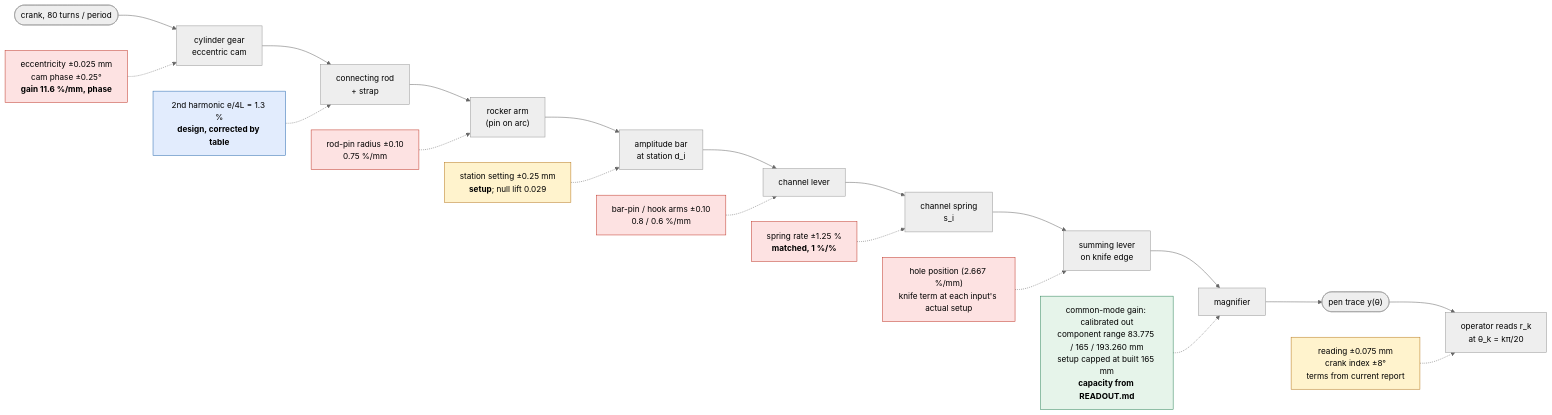
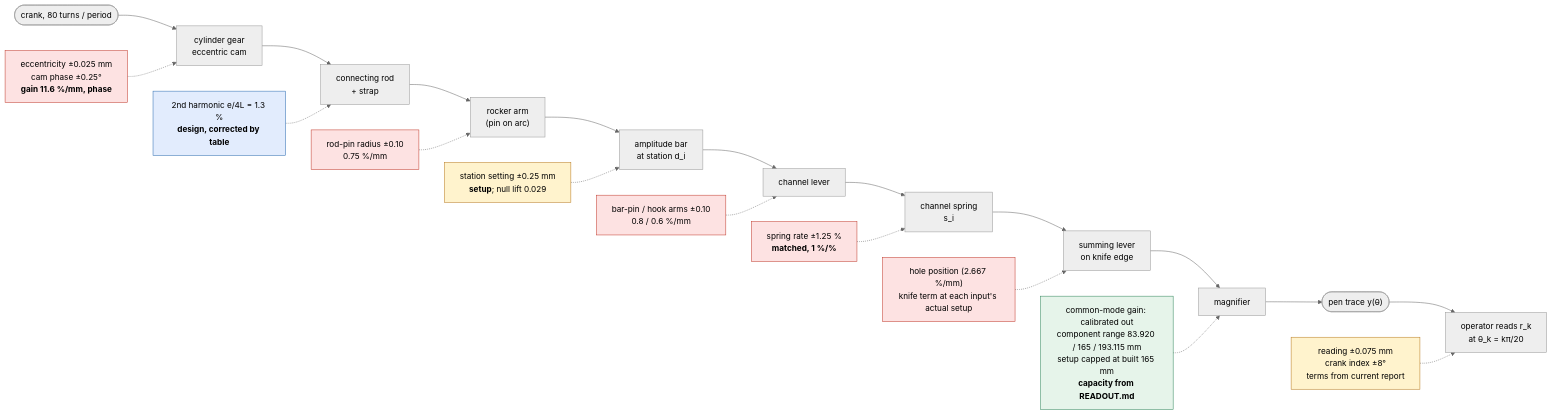
One commit to pedropaulovc/harmonic-analyzer changed the first of 4 diagrams in cad/docs/tolerance-policy.md. Above: the diagram before and after it, drawn with Mermaid (neutral theme). The commit also changed other lines of this file and 16 other files, not shown here.

````diff
--- a/cad/docs/tolerance-policy.md
+++ b/cad/docs/tolerance-policy.md
@@ -135,27 +135,27 @@
 ```mermaid
 flowchart LR
     crank([crank, 80 turns / period]) --> cam
     cam["cylinder gear<br/>eccentric cam"] --> rod["connecting rod<br/>+ strap"]
     rod --> rocker["rocker arm<br/>(pin on arc)"]
     rocker --> bar["amplitude bar<br/>at station d_i"]
     bar --> lever["channel lever"]
     lever --> spring["channel spring<br/>s_i"]
     spring --> summing["summing lever<br/>on knife edge"]
     summing --> mag["magnifier"] --> pen(["pen trace y(θ)"])
     pen --> op["operator reads r_k<br/>at θ_k = kπ/20"]
 
     e1["eccentricity ±0.025 mm<br/>cam phase ±0.25°<br/><b>gain 11.6 %/mm, phase</b>"]:::part -.-> cam
     e2["2nd harmonic e/4L = 1.3 %<br/><b>design, corrected by table</b>"]:::design -.-> rod
     e3["rod-pin radius ±0.10<br/>0.75 %/mm"]:::part -.-> rocker
     e4["station setting ±0.25 mm<br/><b>setup</b>; null lift 0.029"]:::setup -.-> bar
     e5["bar-pin / hook arms ±0.10<br/>0.8 / 0.6 %/mm"]:::part -.-> lever
     e6["spring rate ±1.25 %<br/><b>matched, 1 %/%</b>"]:::part -.-> spring
     e7["hole position (2.667 %/mm)<br/>knife term at each input's actual setup"]:::part -.-> summing
-    e8["common-mode gain: calibrated out<br/>component range 83.775 / 165 / 193.260 mm<br/>setup capped at built 165 mm<br/><b>capacity from READOUT.md</b>"]:::free -.-> mag
+    e8["common-mode gain: calibrated out<br/>component range 83.920 / 165 / 193.115 mm<br/>setup capped at built 165 mm<br/><b>capacity from READOUT.md</b>"]:::free -.-> mag
     e9["reading ±0.075 mm<br/>crank index ±8°<br/>terms from current report"]:::setup -.-> op
 
     classDef part fill:#fde2e2,stroke:#c0392b
     classDef setup fill:#fff3cd,stroke:#b7791f
     classDef design fill:#e2ecfd,stroke:#2b6cb0
     classDef free fill:#e6f4ea,stroke:#2f855a
 ```
````
